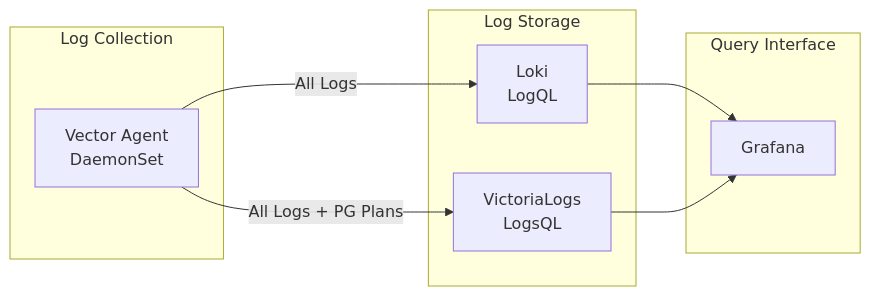
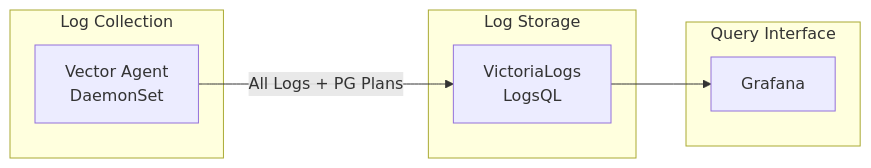
One commit to duynhlab/homelab changed the second of 2 diagrams in kubernetes/infra/controllers/logging/victorialogs/README.md. Above: the diagram before and after it, drawn with Mermaid. The commit also changed other lines of this file and 15 other files, not shown here.

````diff
--- a/kubernetes/infra/controllers/logging/victorialogs/README.md
+++ b/kubernetes/infra/controllers/logging/victorialogs/README.md
@@ -46,20 +44,17 @@
 ```mermaid
 flowchart LR
     subgraph Collection["Log Collection"]
         Vector[Vector Agent<br/>DaemonSet]
     end
 
     subgraph Storage["Log Storage"]
-        Loki[Loki<br/>LogQL]
         VLogs[VictoriaLogs<br/>LogsQL]
     end
 
     subgraph Query["Query Interface"]
         Grafana[Grafana]
     end
 
-    Vector -->|All Logs| Loki
     Vector -->|All Logs + PG Plans| VLogs
-    Loki --> Grafana
     VLogs --> Grafana
 ```
````
